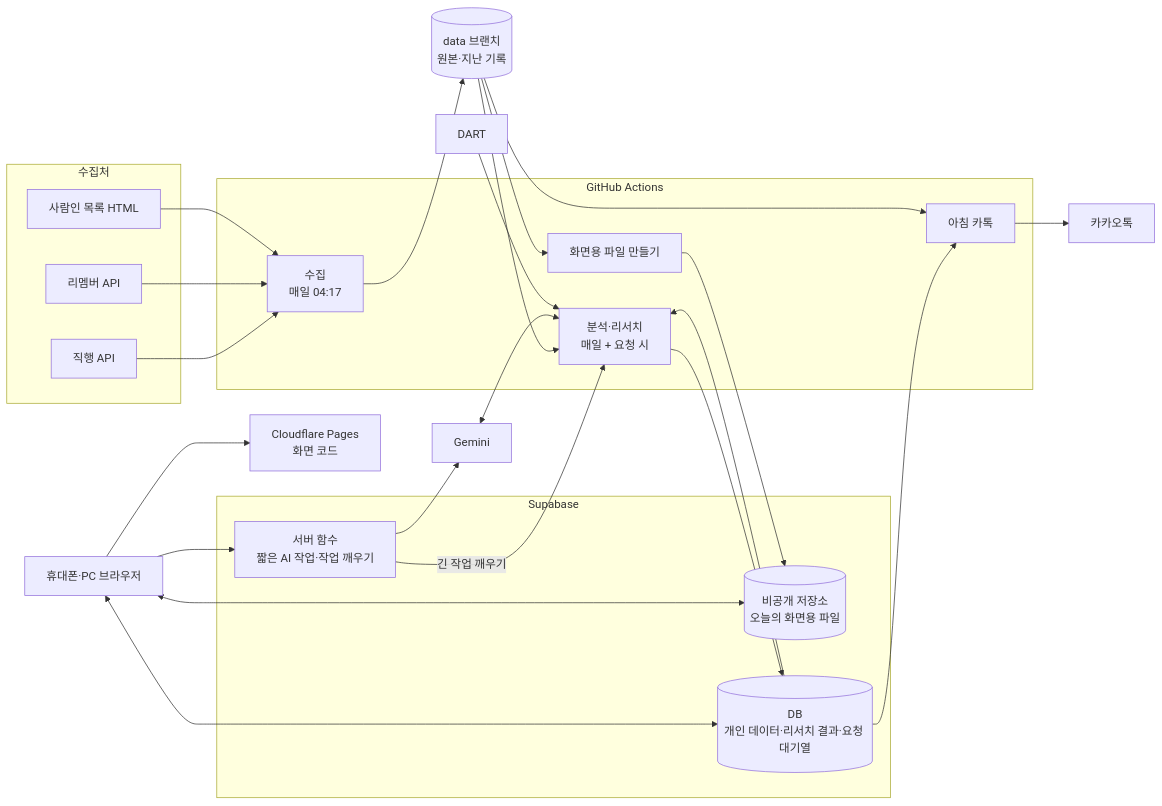
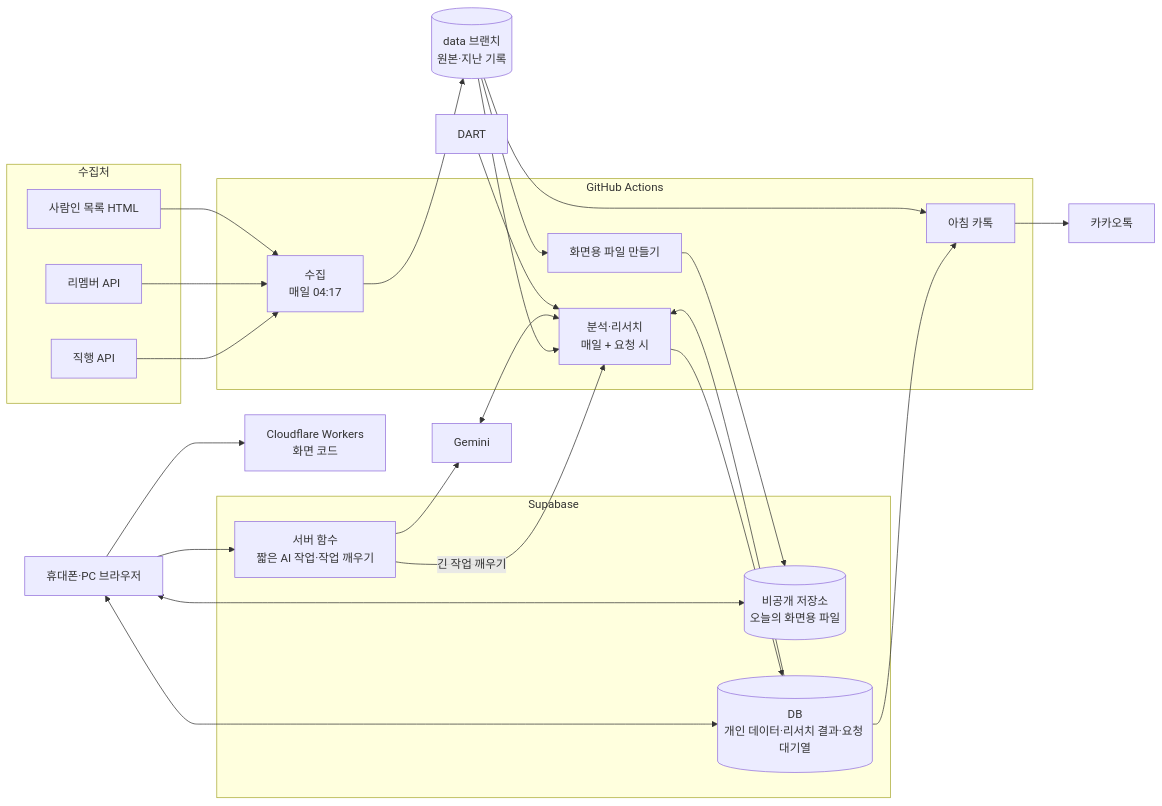
The diagram in docs/architecture.md (GIT-SUNGWONCHO/job_posting), drawn with Mermaid before and after one commit. The commit also changed other lines of this file and 5 other files, not shown here.

First line of the commit message:
Deploy the dashboard as a Cloudflare Workers static site

````diff
--- a/docs/architecture.md
+++ b/docs/architecture.md
@@ -9,45 +9,45 @@
 ```mermaid
 flowchart LR
   subgraph 수집처
     Z[직행 API]
     R[리멤버 API]
     S[사람인 목록 HTML]
   end
   subgraph GitHub Actions
     C[수집<br/>매일 04:17]
     A[분석·리서치<br/>매일 + 요청 시]
     B[화면용 파일 만들기]
     K[아침 카톡]
   end
   D[(data 브랜치<br/>원본·지난 기록)]
   subgraph Supabase
     ST[(비공개 저장소<br/>오늘의 화면용 파일)]
     DB[(DB<br/>개인 데이터·리서치 결과·요청 대기열)]
     F[서버 함수<br/>짧은 AI 작업·작업 깨우기]
   end
   G[Gemini]
   DART[DART]
-  P[Cloudflare Pages<br/>화면 코드]
+  P[Cloudflare Workers<br/>화면 코드]
   U[휴대폰·PC 브라우저]
   KT[카카오톡]
 
   Z --> C
   R --> C
   S --> C
   C --> D
   D --> A
   DB --> A
   G <--> A
   DART --> A
   A --> DB
   D --> B --> ST
   U --> P
   U <--> ST
   U <--> DB
   U --> F
   F --> G
   F -- 긴 작업 깨우기 --> A
   DB --> K
   D --> K
   K --> KT
 ```
````
